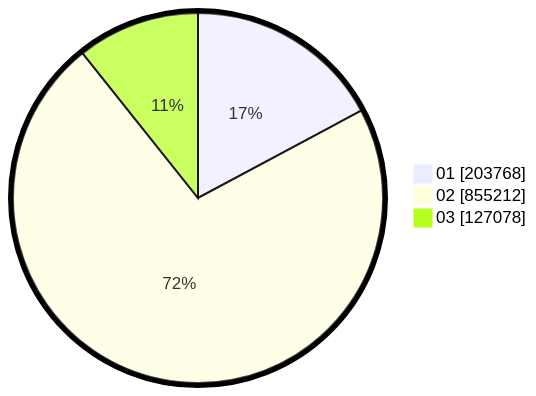
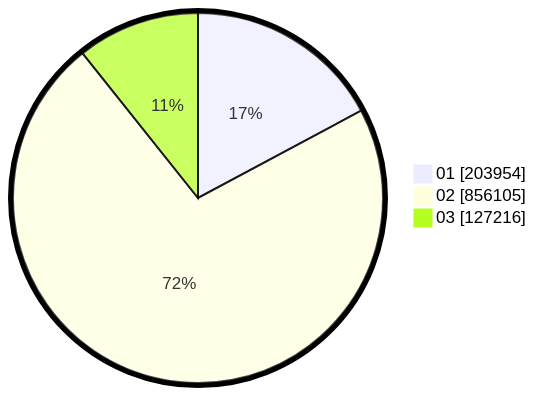
The second of 2 diagrams in pilpres/hitung-suara/sub/table-wilayah-62.md (gigit-pemilu/pemilu-2024), drawn with Mermaid before and after one commit. The commit also changed other lines of this file and 10 other files, not shown here.

````diff
--- a/pilpres/hitung-suara/sub/table-wilayah-62.md
+++ b/pilpres/hitung-suara/sub/table-wilayah-62.md
@@ -15,7 +15,7 @@
 ```mermaid
 %%{init: {"pie": {"textPosition": 0.5}, "themeVariables": {"pieOuterStrokeWidth": "5px"}} }%%
 pie showData
-    "01" : 203768
-    "02" : 855212
-    "03" : 127078
+    "01" : 203954
+    "02" : 856105
+    "03" : 127216
 ```
````
